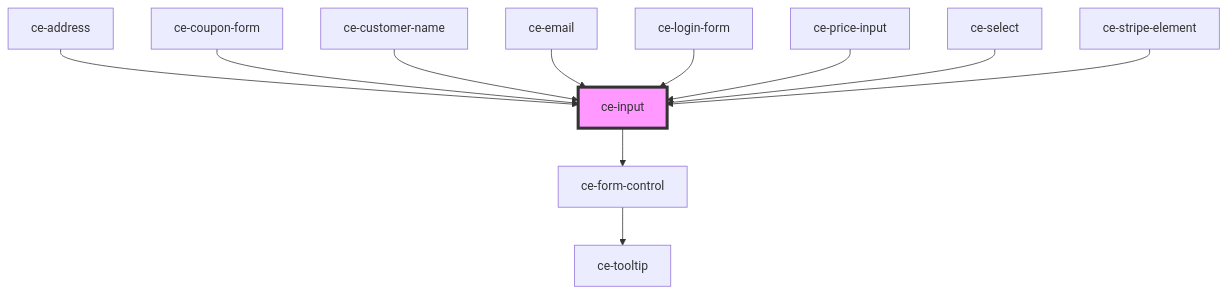
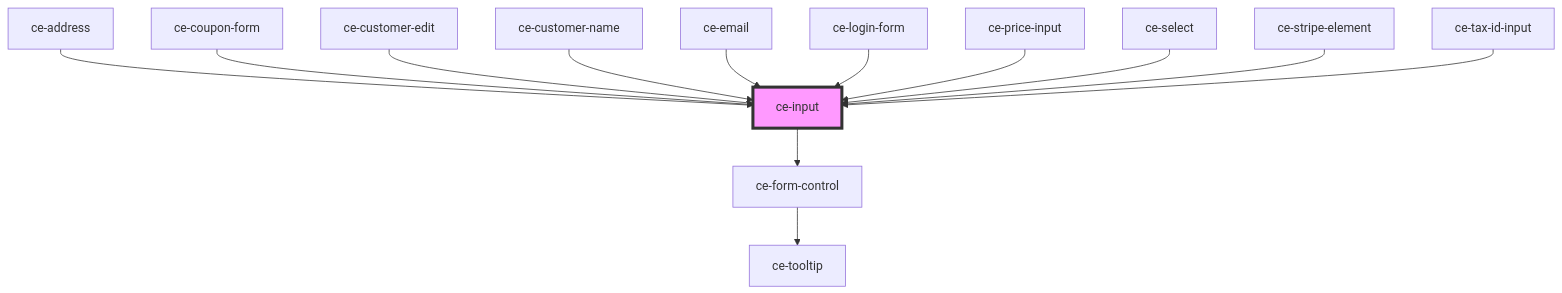
The diagram in packages/components/src/components/ui/input/readme.md (surecart/surecart-wp-plugin), drawn with Mermaid before and after one commit. The commit also changed other lines of this file and 118 other files, not shown here.

````diff
--- a/packages/components/src/components/ui/input/readme.md
+++ b/packages/components/src/components/ui/input/readme.md
@@ -126,14 +128,16 @@
 ```mermaid
 graph TD;
   ce-input --> ce-form-control
   ce-form-control --> ce-tooltip
   ce-address --> ce-input
   ce-coupon-form --> ce-input
+  ce-customer-edit --> ce-input
   ce-customer-name --> ce-input
   ce-email --> ce-input
   ce-login-form --> ce-input
   ce-price-input --> ce-input
   ce-select --> ce-input
   ce-stripe-element --> ce-input
+  ce-tax-id-input --> ce-input
   style ce-input fill:#f9f,stroke:#333,stroke-width:4px
 ```
````
